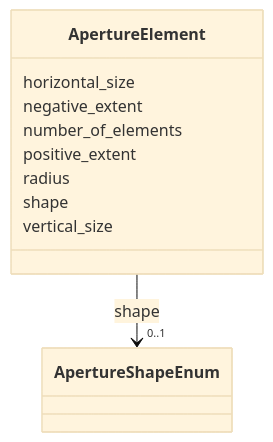
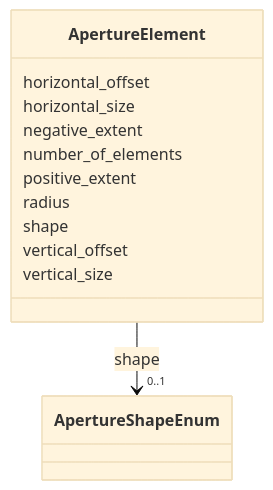
Before and after one commit to astec-stfc/laura: the diagram in docs/source/schema/ApertureElement.md, drawn with Mermaid (base theme). The commit also changed other lines of this file and 67 other files, not shown here.

Commit message:
aperture size now named consistently in schema, plus offsets added; all codes do apertures self-consistently

````diff
--- a/docs/source/schema/ApertureElement.md
+++ b/docs/source/schema/ApertureElement.md
@@ -18,29 +18,33 @@
 ```mermaid
  classDiagram
     class ApertureElement
     click ApertureElement href "../ApertureElement/"
+      ApertureElement : horizontal_offset
+        
       ApertureElement : horizontal_size
         
       ApertureElement : negative_extent
         
       ApertureElement : number_of_elements
         
       ApertureElement : positive_extent
         
       ApertureElement : radius
         
       ApertureElement : shape
         
           
     
         
         
         ApertureElement --> "0..1" ApertureShapeEnum : shape
         click ApertureShapeEnum href "../ApertureShapeEnum/"
     
 
         
+      ApertureElement : vertical_offset
+        
       ApertureElement : vertical_size
         
       
 ```
````
